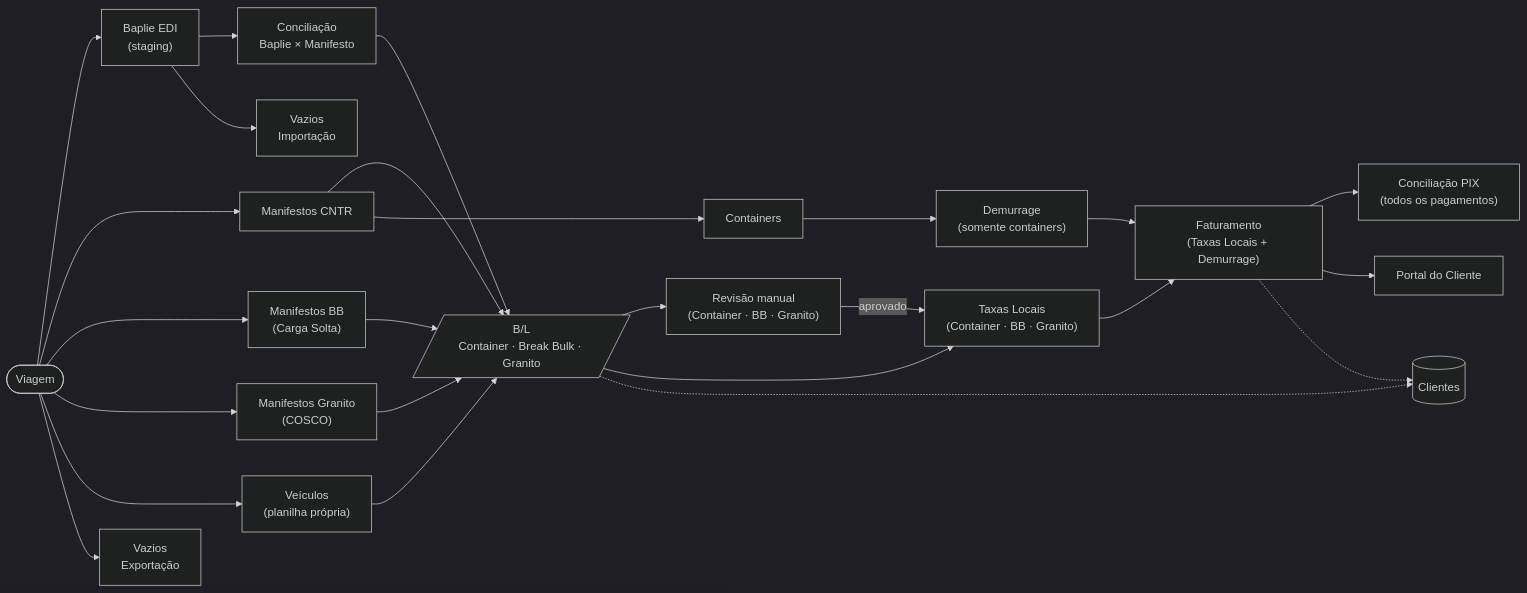
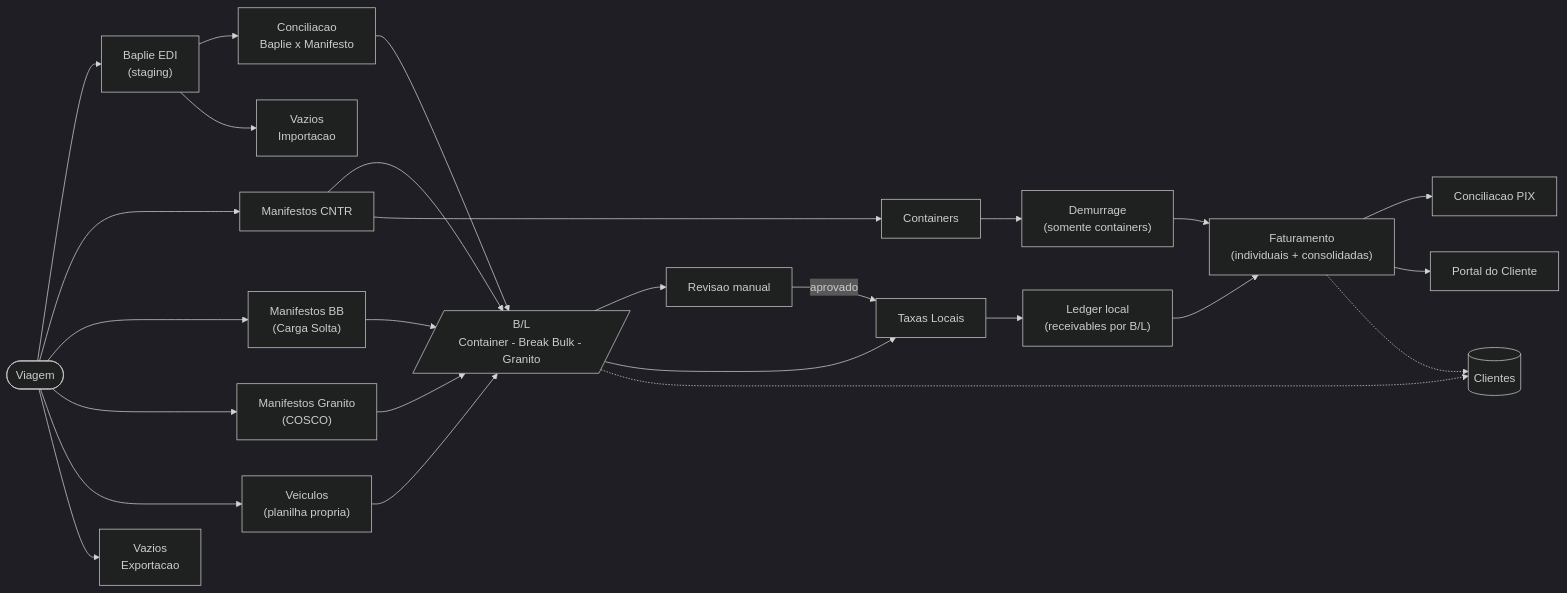
The diagram in docs/ARCHITECTURE.md (luccafwlog/transhippingdesk), drawn with Mermaid (dark theme) before and after one commit. The commit also changed other lines of this file and 21 other files, not shown here.

````diff
--- a/docs/ARCHITECTURE.md
+++ b/docs/ARCHITECTURE.md
@@ -13,52 +9,36 @@
 ```mermaid
 flowchart LR
     Viagem(["Viagem"])
 
-    %% Alimentação de dados
     Viagem --> BaplieEDI["Baplie EDI<br/>(staging)"]
-    BaplieEDI --> ConcilBaplie["Conciliação<br/>Baplie × Manifesto"]
-    BaplieEDI --> VaziosIMP["Vazios<br/>Importação"]
+    BaplieEDI --> ConcilBaplie["Conciliacao<br/>Baplie x Manifesto"]
+    BaplieEDI --> VaziosIMP["Vazios<br/>Importacao"]
 
     Viagem --> ManifCNTR["Manifestos CNTR"]
     Viagem --> ManifBB["Manifestos BB<br/>(Carga Solta)"]
     Viagem --> ManifGranito["Manifestos Granito<br/>(COSCO)"]
+    Viagem --> Veiculos["Veiculos<br/>(planilha propria)"]
+    Viagem --> VaziosEXP["Vazios<br/>Exportacao"]
 
-    %% Veículos: planilha própria, ligados ao B/L
-    Viagem --> Veiculos["Veículos<br/>(planilha própria)"]
-
-    %% Tudo converge em B/Ls (3 tipos)
-    ConcilBaplie --> BL[/"B/L<br/>Container · Break Bulk · Granito"/]
+    ConcilBaplie --> BL[/"B/L<br/>Container - Break Bulk - Granito"/]
     ManifCNTR --> BL
     ManifBB --> BL
     ManifGranito --> BL
     Veiculos --> BL
-
-    %% Containers extraídos do manifesto CNTR
     ManifCNTR --> Containers["Containers"]
 
-    %% Fluxo operacional unificado sobre B/Ls
-    BL --> Revisao["Revisão manual<br/>(Container · BB · Granito)"]
-    BL --> TaxasLocais["Taxas Locais<br/>(Container · BB · Granito)"]
+    BL --> Revisao["Revisao manual"]
+    BL --> TaxasLocais["Taxas Locais"]
     Revisao -- aprovado --> TaxasLocais
-
-    %% Demurrage: só containers e seus B/Ls
     Containers --> Demurrage["Demurrage<br/>(somente containers)"]
 
-    %% Vazios Exportação (planilha própria por Viagem)
-    Viagem --> VaziosEXP["Vazios<br/>Exportação"]
-
-    %% Financeiro unificado
-    TaxasLocais --> Faturamento["Faturamento<br/>(Taxas Locais + Demurrage)"]
+    TaxasLocais --> Ledger["Ledger local<br/>(receivables por B/L)"]
+    Ledger --> Faturamento["Faturamento<br/>(individuais + consolidadas)"]
     Demurrage --> Faturamento
-
-    %% PIX reconcilia tudo
-    Faturamento --> ConcilPIX["Conciliação PIX<br/>(todos os pagamentos)"]
-
-    %% Destino final
+    Faturamento --> ConcilPIX["Conciliacao PIX"]
     Faturamento --> Portal["Portal do Cliente"]
 
-    %% Módulo de clientes (gestão, relacionamento)
     Clientes[("Clientes")]
     BL -.-> Clientes
     Faturamento -.-> Clientes
 ```
````
